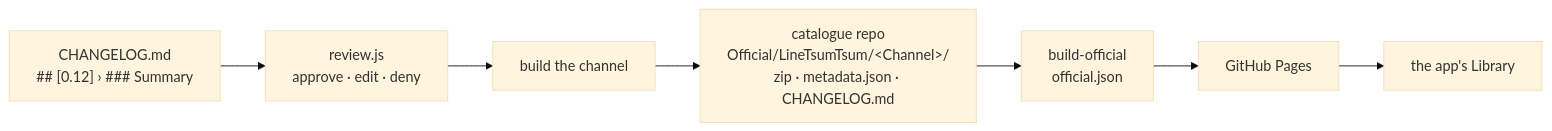
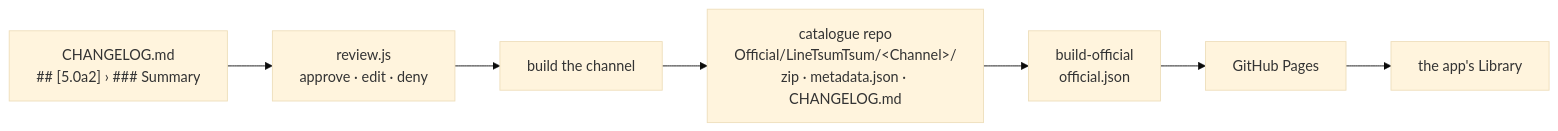
Before and after one commit to TsumTsumScripts/tsum-tsum-script: the second of 2 diagrams in website/docs/architecture/build-and-release.md, drawn with Mermaid (base theme). The commit also changed other lines of this file and 14 other files, not shown here.

````diff
--- a/website/docs/architecture/build-and-release.md
+++ b/website/docs/architecture/build-and-release.md
@@ -93,11 +93,11 @@
 ```mermaid
 flowchart LR
-  cl["CHANGELOG.md<br/>## [0.12] › ### Summary"]
+  cl["CHANGELOG.md<br/>## [5.0a2] › ### Summary"]
   review["review.js<br/>approve · edit · deny"]
   build["build the channel"]
   cat["catalogue repo<br/>Official/LineTsumTsum/&lt;Channel&gt;/<br/>zip · metadata.json · CHANGELOG.md"]
   official["build-official<br/>official.json"]
   pages["GitHub Pages"]
   app["the app's Library"]
   cl --> review --> build --> cat --> official --> pages --> app
 ```
````
